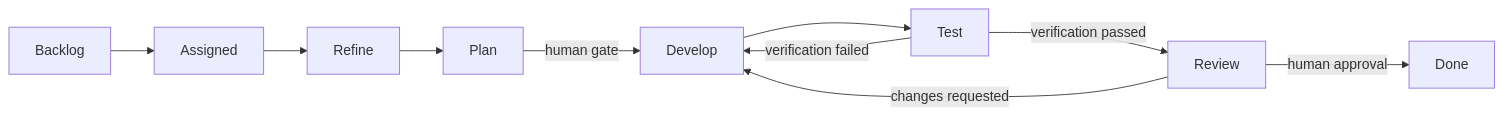
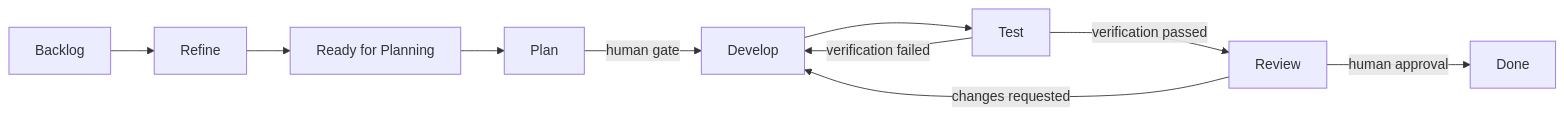
Before and after one commit to kburson/ai-task-manager: the diagram in docs/introduction/core-workflow.md, drawn with Mermaid. The commit also changed other lines of this file and 13 other files, not shown here.

````diff
--- a/docs/introduction/core-workflow.md
+++ b/docs/introduction/core-workflow.md
@@ -55,12 +55,12 @@
 ```mermaid
 flowchart LR
-    Backlog --> Assigned
-    Assigned --> Refine
-    Refine --> Plan
+    Backlog --> Refine
+    Refine --> ReadyForPlanning["Ready for Planning"]
+    ReadyForPlanning --> Plan
     Plan -->|human gate| Develop
     Develop --> Test
     Test -->|verification passed| Review
     Test -->|verification failed| Develop
     Review -->|human approval| Done
     Review -->|changes requested| Develop
 ```
````
